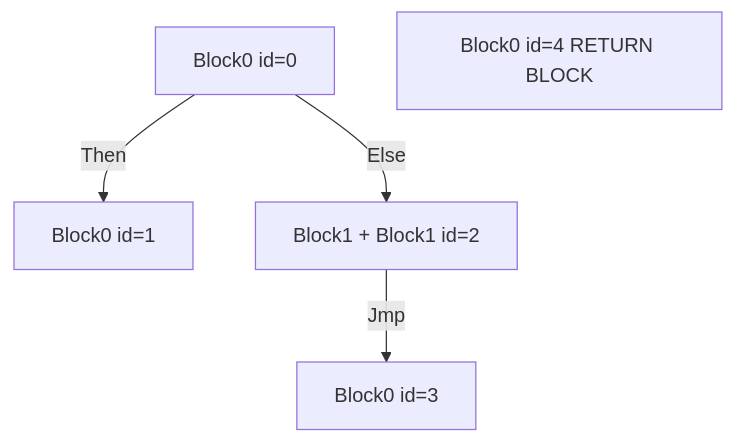
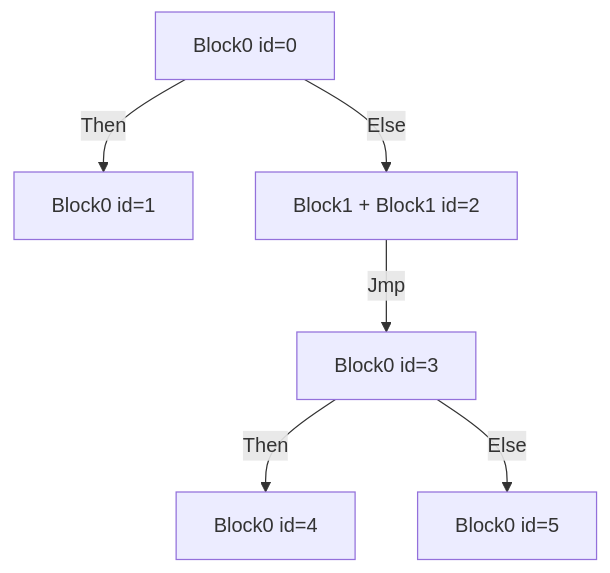
The eighth of 10 diagrams in README.md (defkit/branching_overview), drawn with Mermaid before and after one commit. The commit also changed other lines of this file, not shown here.

````diff
--- a/README.md
+++ b/README.md
@@ -91,7 +91,8 @@
 ```mermaid
 graph TD;
     b0[Block0 id=0]-->|Then| b1[Block0 id=1]
     b0[Block0 id=0]-->|Else| b2[Block1 + Block1 id=2]
     b2-->|Jmp| b3[Block0 id=3]
-    b4[Block0 id=4 RETURN BLOCK]
+    b3-->|Then| b4[Block0 id=4]
+    b3-->|Else| b5[Block0 id=5]
 ```
````
